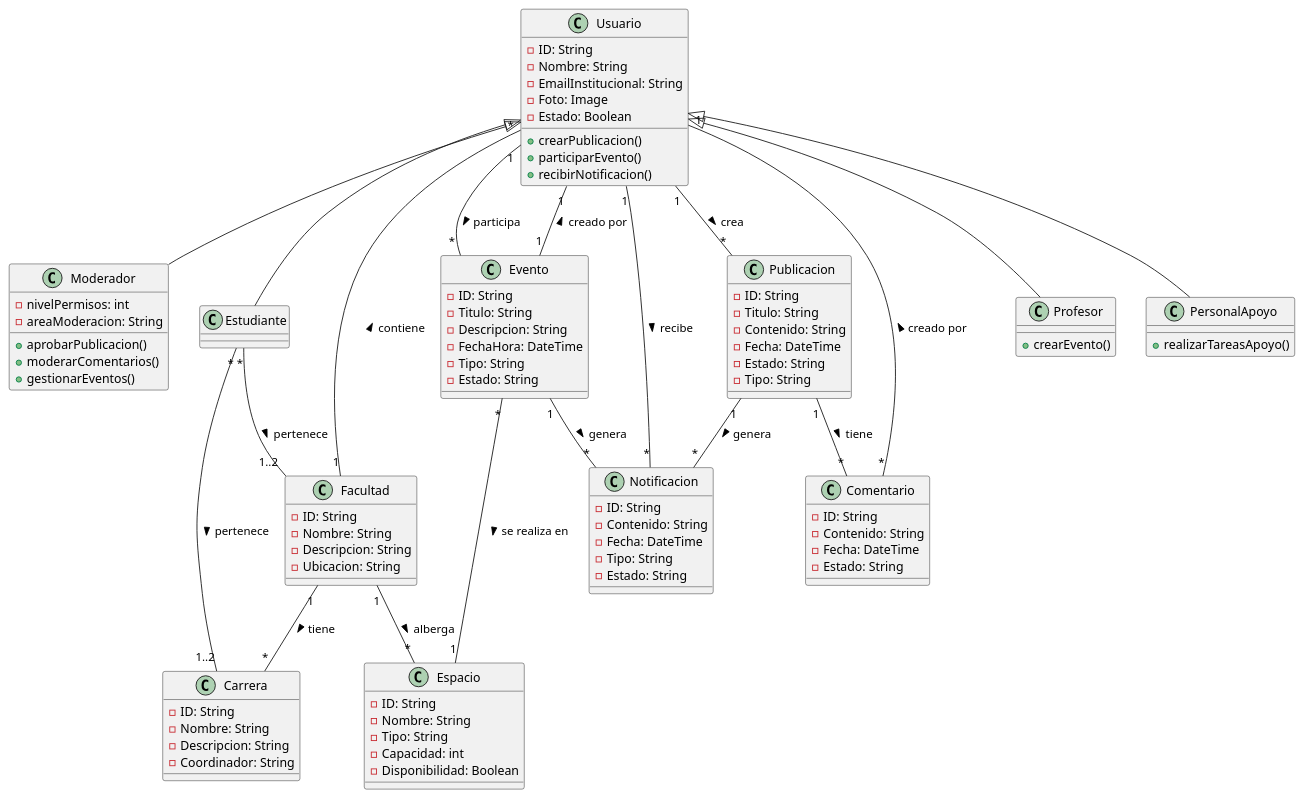
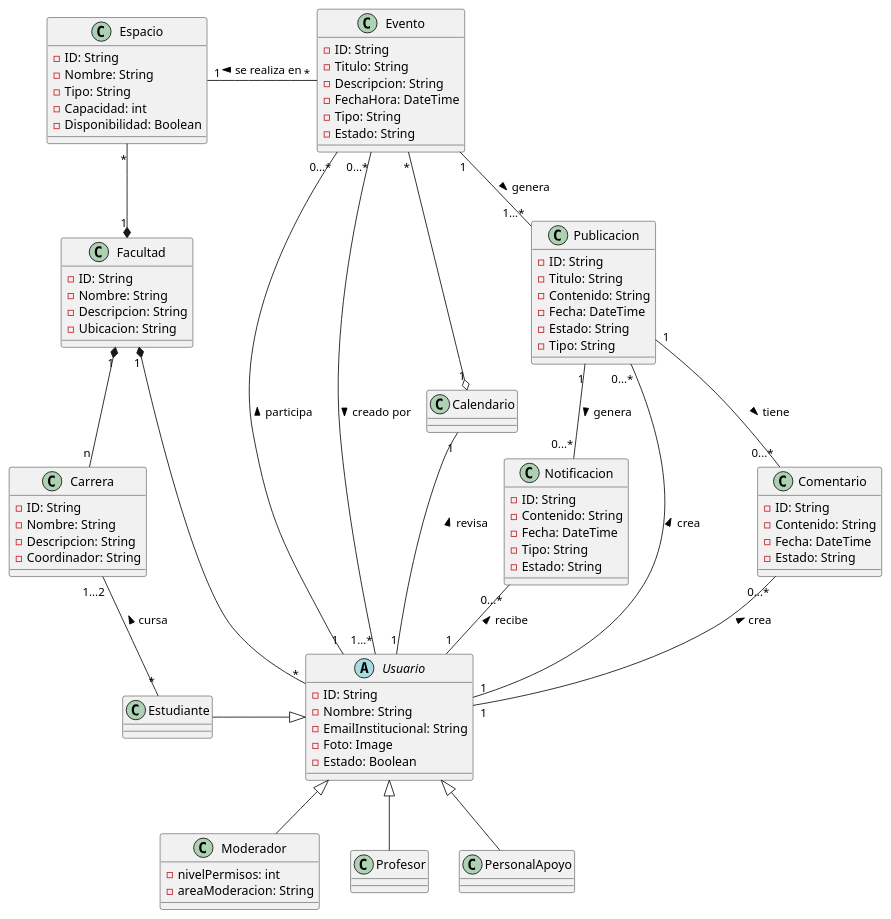
The diagram in Diagrams/DomainModel.plantuml (Danfloca02/Project_IngSoftware_Team2), drawn with PlantUML before and after one commit. The commit also changed 2 other files, not shown here.

Commit message:
Entrega Actualizada, Modelo de Dominio (Diagrama de Clases, Clases Conceptuales)

```diff
--- a/Diagrams/DomainModel.plantuml
+++ b/Diagrams/DomainModel.plantuml
@@ -3,111 +3,117 @@
-@startuml
+@startuml DomainModel
 
-class Usuario {
+abstract class Usuario {
   -ID: String
   -Nombre: String
   -EmailInstitucional: String
   -Foto: Image
   -Estado: Boolean
 
-  +crearPublicacion()
-  +participarEvento()
-  +recibirNotificacion()
+  
 }
 
-class Moderador extends Usuario {
+class Moderador {
   -nivelPermisos: int
   -areaModeracion: String
 
-  +aprobarPublicacion()
-  +moderarComentarios()
-  +gestionarEventos()
+  
 }
 
-class Estudiante extends Usuario {
+class Estudiante {
 }
 
-class Profesor extends Usuario {
-  +crearEvento()
+class Profesor {
+  
 }
 
-class PersonalApoyo extends Usuario {
-  +realizarTareasApoyo()
+class PersonalApoyo {
+  
 }
 
 class Facultad {
   -ID: String
   -Nombre: String
   -Descripcion: String
   -Ubicacion: String
 }
 
 class Carrera {
   -ID: String
   -Nombre: String
   -Descripcion: String
   -Coordinador: String
 }
 
 class Evento {
   -ID: String
   -Titulo: String
   -Descripcion: String
   -FechaHora: DateTime
   -Tipo: String
   -Estado: String
 }
 
 class Notificacion {
   -ID: String
   -Contenido: String
   -Fecha: DateTime
   -Tipo: String
   -Estado: String
 }
 
 class Espacio {
   -ID: String
   -Nombre: String
   -Tipo: String
   -Capacidad: int
   -Disponibilidad: Boolean
 }
 
 class Publicacion {
   -ID: String
   -Titulo: String
   -Contenido: String
   -Fecha: DateTime
   -Estado: String
   -Tipo: String
 }
 
 class Comentario {
   -ID: String
   -Contenido: String
   -Fecha: DateTime
   -Estado: String
 }
 
+class Calendario {
+  
+}
+
 ' Relaciones
-Usuario "1" -- "*" Publicacion: crea >
-Usuario "1" -- "*" Evento: participa >
-Usuario "1" -- "*" Notificacion: recibe >
+Moderador -up-|> Usuario
+Profesor -up-|> Usuario
+Estudiante -right-|> Usuario
+PersonalApoyo -up-|> Usuario
 
-Estudiante "*" -- "1..2" Facultad: pertenece >
-Estudiante "*" -- "1..2" Carrera: pertenece >
+Usuario "1" -up- "0...*" Publicacion: crea >
+Usuario "1" -up- "0...*" Evento: participa >
+Usuario "1" -up- "0...*" Notificacion: recibe >
+Usuario "1" -up- "1" Calendario: revisa >
 
-Facultad "1" -- "*" Carrera: tiene >
-Facultad "1" -- "*" Usuario: contiene >
-Facultad "1" -- "*" Espacio: alberga >
+Estudiante "*" -up- "1...2" Carrera: cursa >
 
-Evento "1" -- "1" Usuario: creado por >
-Evento "*" -- "1" Espacio: se realiza en >
-Evento "1" -- "*" Notificacion: genera >
+Facultad "1" *-down- "n" Carrera
+Facultad "1" *-down- "*" Usuario
+Facultad "1" *-up- "*" Espacio
 
-Publicacion "1" -- "*" Comentario: tiene >
-Publicacion "1" -- "*" Notificacion: genera >
+Evento "0...*" -left- "1...*" Usuario: creado por >
+Evento "*" -left- "1" Espacio: se realiza en >
+Evento "1" -- "1...*" Publicacion: genera >
+Evento "*" -down-o "1" Calendario
 
-Comentario "*" -- "1" Usuario: creado por >
+Publicacion "1" -- "0...*" Comentario: tiene >
+Publicacion "1" -- "0...*" Notificacion: genera >
+
+Comentario "0...*" -down- "1" Usuario: crea <
 
 @enduml
```
